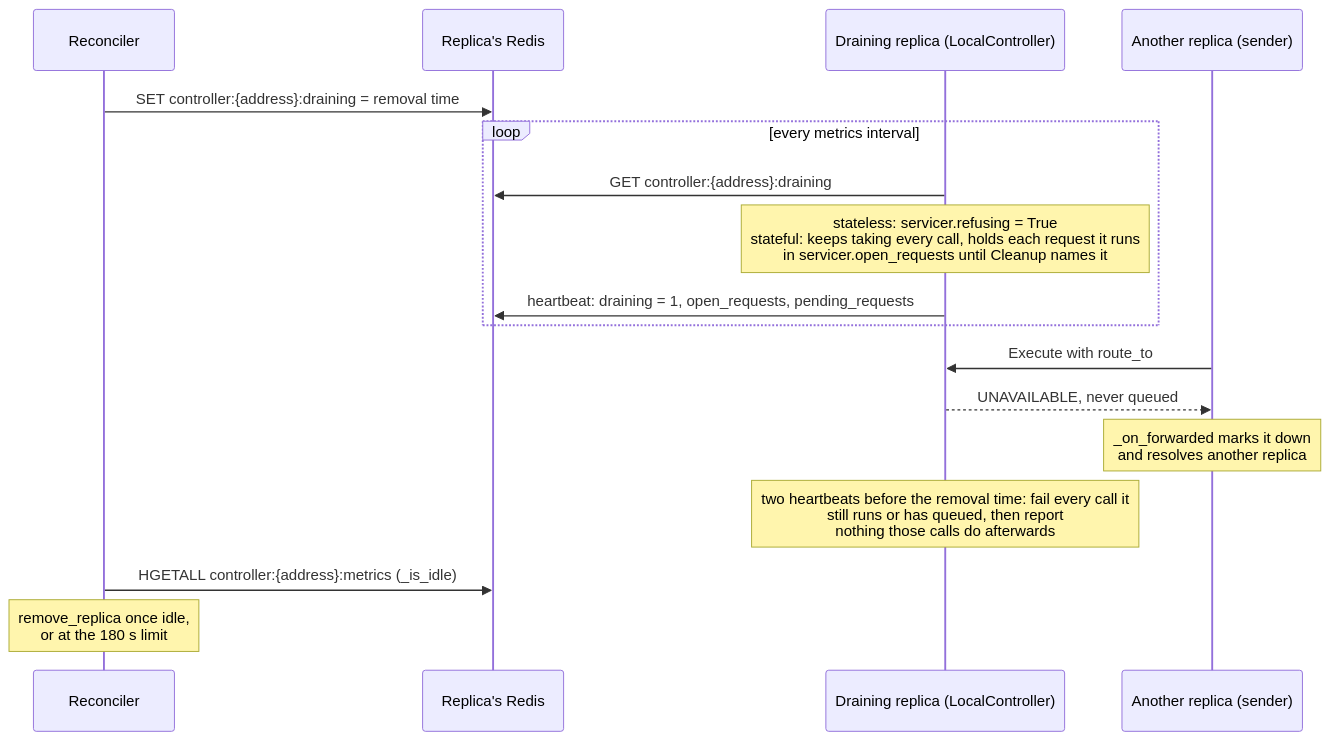
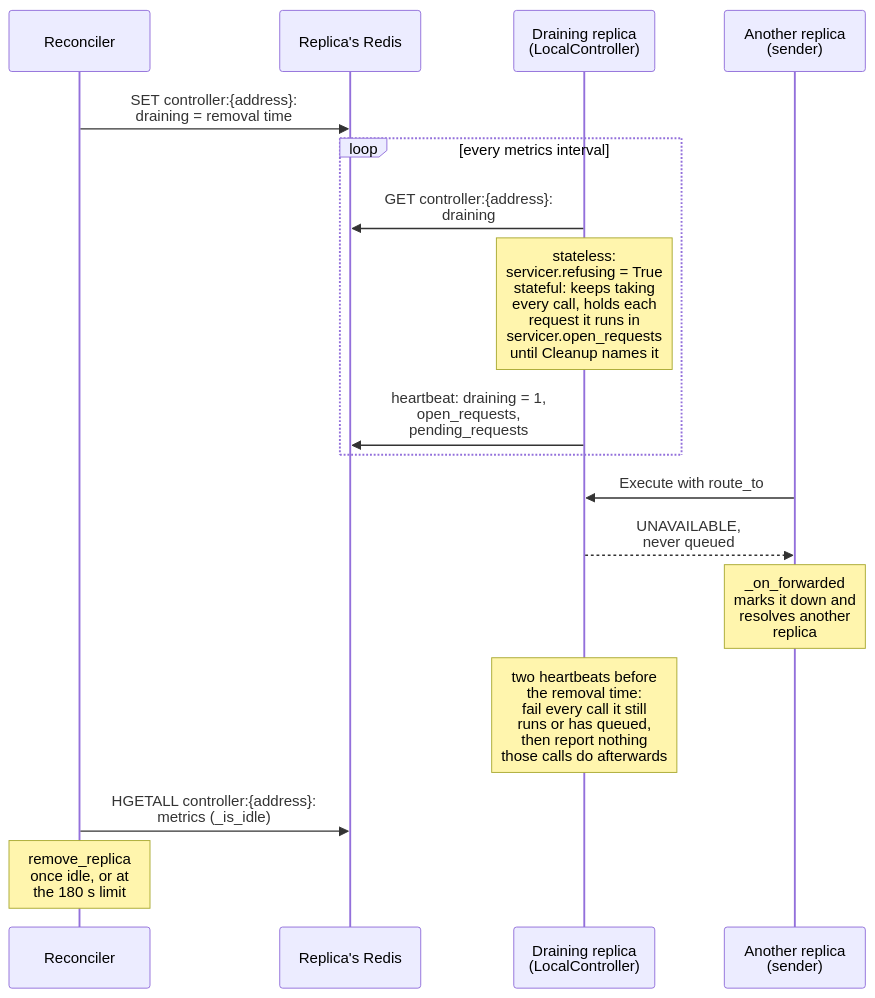
The third of 4 diagrams in docs/architecture/RECONCILER.md (CanyonCodeCoreAI/canyonos), drawn with Mermaid before and after one commit. The commit also changed other lines of this file and 49 other files, not shown here.

````diff
--- a/docs/architecture/RECONCILER.md
+++ b/docs/architecture/RECONCILER.md
@@ -153,20 +237,20 @@
 ```mermaid
 sequenceDiagram
     participant RC as Reconciler
     participant NR as Replica's Redis
-    participant D as Draining replica (LocalController)
-    participant S as Another replica (sender)
+    participant D as Draining replica<br/>(LocalController)
+    participant S as Another replica<br/>(sender)
 
-    RC->>NR: SET controller:{address}:draining = removal time
+    RC->>NR: SET controller:{address}:<br/>draining = removal time
     loop every metrics interval
-        D->>NR: GET controller:{address}:draining
-        Note over D: stateless: servicer.refusing = True<br/>stateful: keeps taking every call, holds each request it runs<br/>in servicer.open_requests until Cleanup names it
-        D->>NR: heartbeat: draining = 1, open_requests, pending_requests
+        D->>NR: GET controller:{address}:<br/>draining
+        Note over D: stateless:<br/>servicer.refusing = True<br/>stateful: keeps taking<br/>every call, holds each<br/>request it runs in<br/>servicer.open_requests<br/>until Cleanup names it
+        D->>NR: heartbeat: draining = 1,<br/>open_requests,<br/>pending_requests
     end
     S->>D: Execute with route_to
-    D-->>S: UNAVAILABLE, never queued
-    Note over S: _on_forwarded marks it down<br/>and resolves another replica
-    Note over D: two heartbeats before the removal time: fail every call it<br/>still runs or has queued, then report<br/>nothing those calls do afterwards
-    RC->>NR: HGETALL controller:{address}:metrics (_is_idle)
-    Note over RC: remove_replica once idle,<br/>or at the 180 s limit
+    D-->>S: UNAVAILABLE,<br/>never queued
+    Note over S: _on_forwarded<br/>marks it down and<br/>resolves another<br/>replica
+    Note over D: two heartbeats before<br/>the removal time:<br/>fail every call it still<br/>runs or has queued,<br/>then report nothing<br/>those calls do afterwards
+    RC->>NR: HGETALL controller:{address}:<br/>metrics (_is_idle)
+    Note over RC: remove_replica<br/>once idle, or at<br/>the 180 s limit
 ```
````
